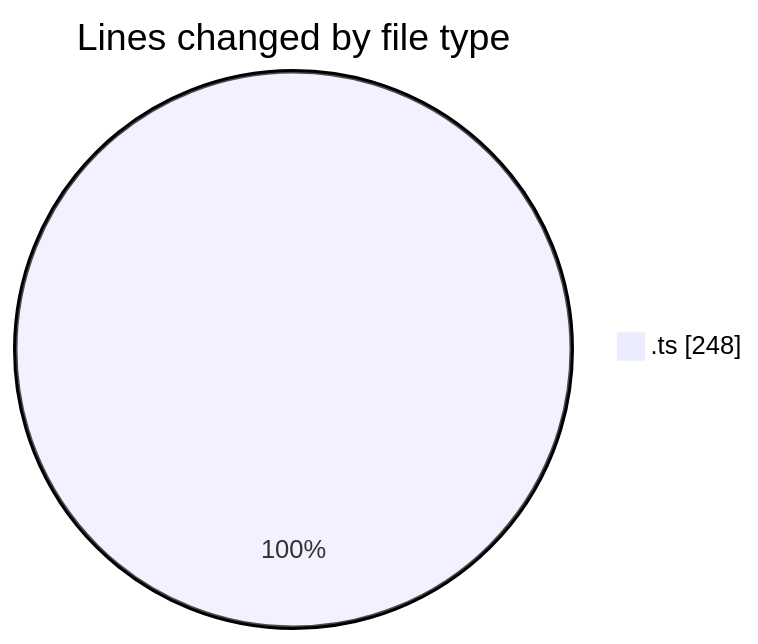
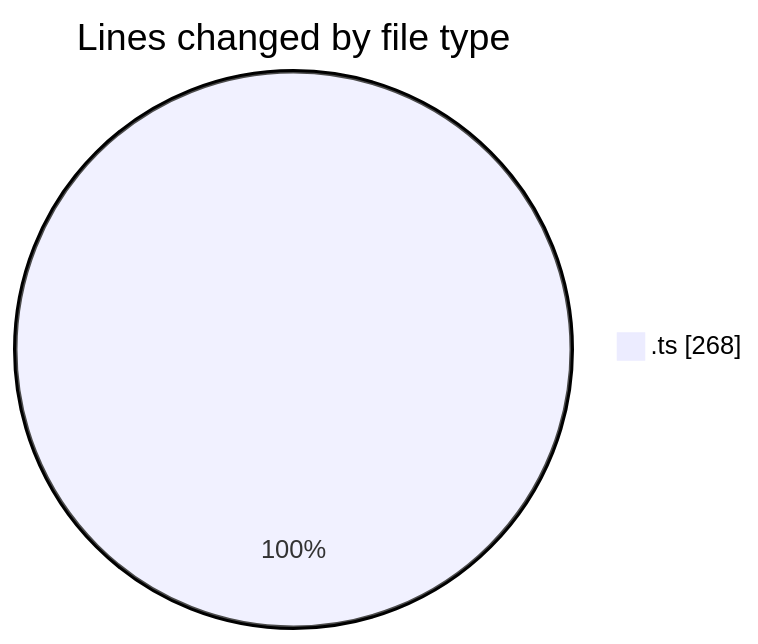
One commit to tmsrecording-cyber/code-tracking changed the first of 2 diagrams in 2026-02-03/singularitybrainai/README.md. Above: the diagram before and after it, drawn with Mermaid. The commit also changed other lines of this file and 1 other file, not shown here.

````diff
--- a/2026-02-03/singularitybrainai/README.md
+++ b/2026-02-03/singularitybrainai/README.md
@@ -20,5 +20,5 @@
 ```mermaid
 pie showData
 title Lines changed by file type
-".ts" : 248
+".ts" : 268
 ```
````
